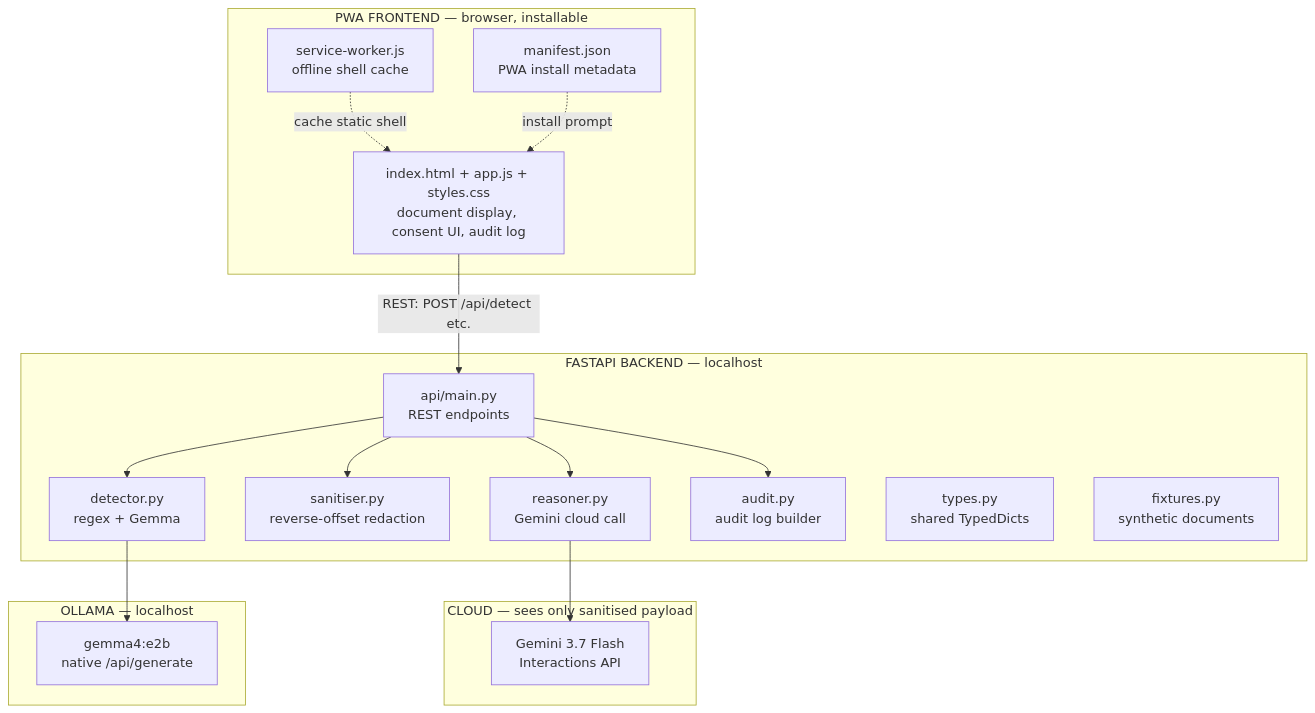
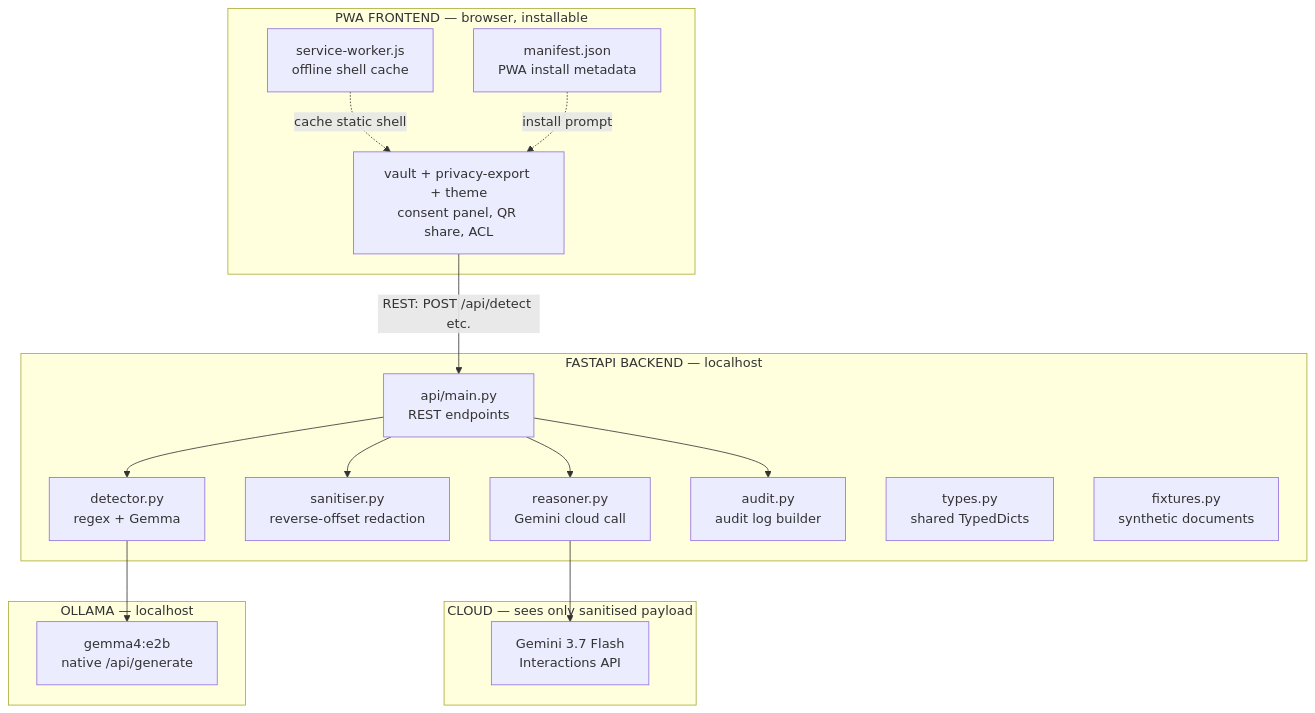
Before and after one commit to supawichza40/imperial-deepmind-hackathon: the diagram in docs/specs/architecture.md, drawn with Mermaid. The commit also changed other lines of this file and 9 other files, not shown here.

````diff
--- a/docs/specs/architecture.md
+++ b/docs/specs/architecture.md
@@ -11,34 +11,34 @@
 ```mermaid
 flowchart TB
     subgraph BROWSER["PWA FRONTEND — browser, installable"]
         SW[service-worker.js<br/>offline shell cache]
-        UI[index.html + app.js + styles.css<br/>document display, consent UI, audit log]
+        UI[vault + privacy-export + theme<br/>consent panel, QR share, ACL]
         MAN[manifest.json<br/>PWA install metadata]
     end
 
     subgraph SERVER["FASTAPI BACKEND — localhost"]
         API[api/main.py<br/>REST endpoints]
         DET[detector.py<br/>regex + Gemma]
         SAN[sanitiser.py<br/>reverse-offset redaction]
         REA[reasoner.py<br/>Gemini cloud call]
         AUD[audit.py<br/>audit log builder]
         TYP[types.py<br/>shared TypedDicts]
         FIX[fixtures.py<br/>synthetic documents]
     end
 
     subgraph CLOUD["CLOUD — sees only sanitised payload"]
         GEM[Gemini 3.7 Flash<br/>Interactions API]
     end
 
     subgraph LOCAL["OLLAMA — localhost"]
         OLL[gemma4:e2b<br/>native /api/generate]
     end
 
     UI -->|REST: POST /api/detect etc.| API
     API --> DET --> OLL
     API --> SAN
     API --> REA --> GEM
     API --> AUD
     SW -.->|cache static shell| UI
     MAN -.->|install prompt| UI
 ```
````
